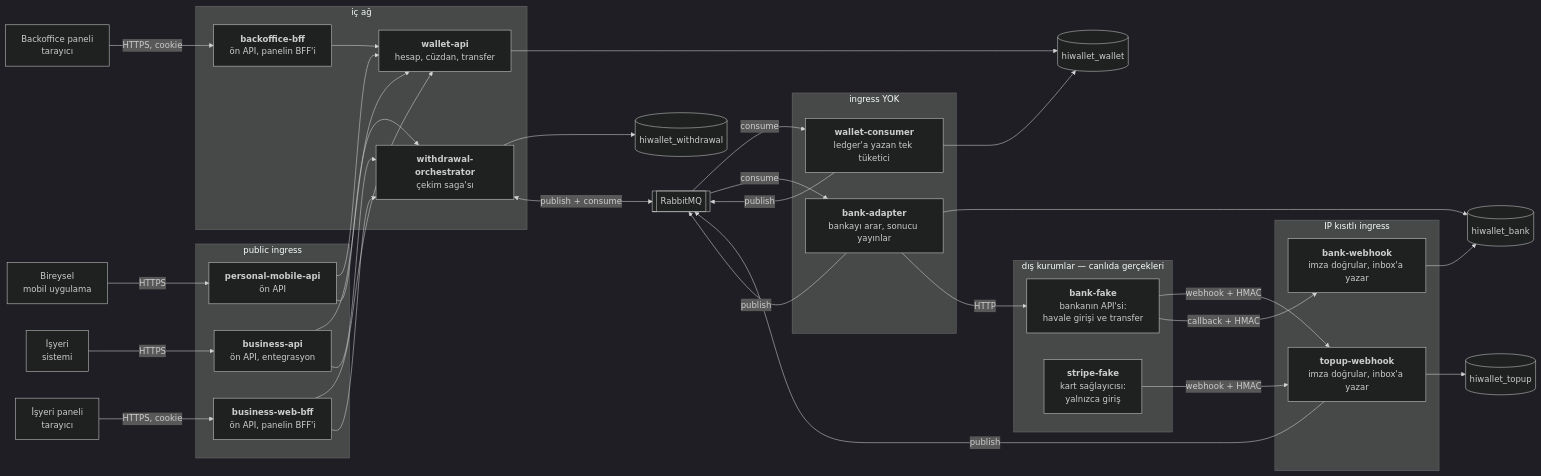
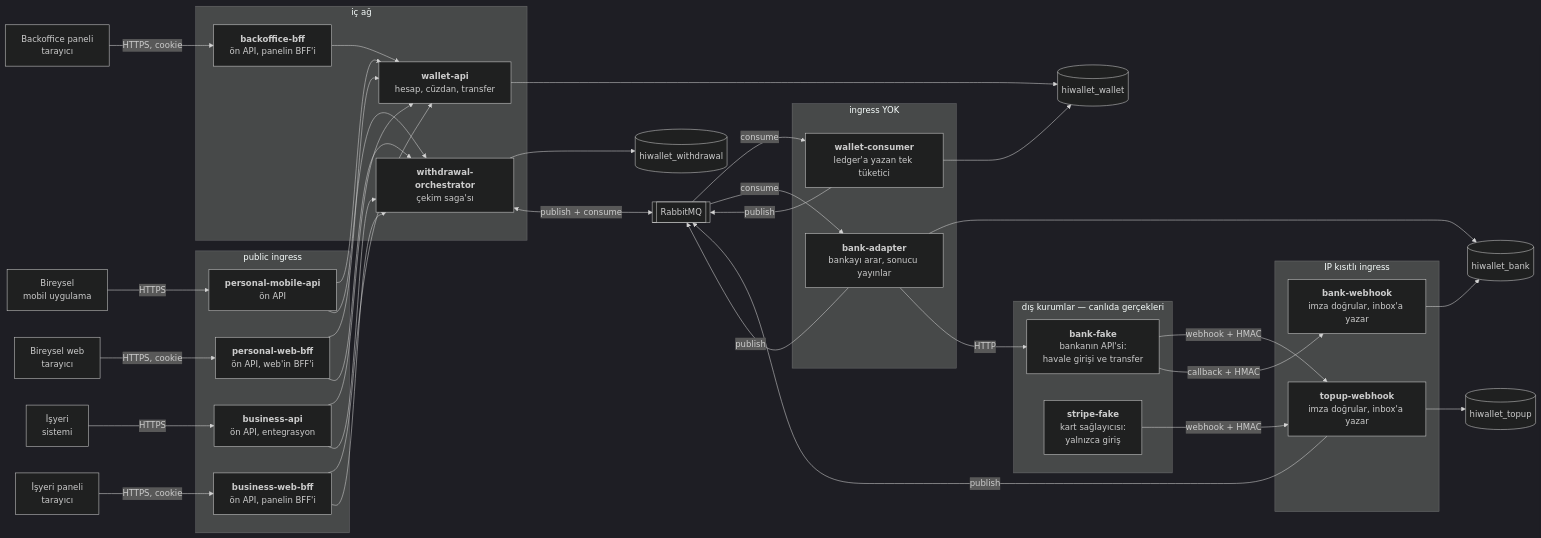
Before and after one commit to firate/HiWallet: the first of 4 diagrams in docs/architecture.md, drawn with Mermaid (dark theme). The commit also changed other lines of this file and 4 other files, not shown here.

First line of the commit message:
docs: bireysel web uygulaması ve BFF'i

````diff
--- a/docs/architecture.md
+++ b/docs/architecture.md
@@ -13,72 +13,77 @@
 ```mermaid
 flowchart LR
     client["Bireysel<br/>mobil uygulama"]
+    wclient["Bireysel web<br/>tarayıcı"]
     bclient["İşyeri<br/>sistemi"]
     bwclient["İşyeri paneli<br/>tarayıcı"]
     staff["Backoffice paneli<br/>tarayıcı"]
 
     subgraph public["public ingress"]
         papi["<b>personal-mobile-api</b><br/>ön API"]
+        pwapi["<b>personal-web-bff</b><br/>ön API, web'in BFF'i"]
         bapi["<b>business-api</b><br/>ön API, entegrasyon"]
         bwapi["<b>business-web-bff</b><br/>ön API, panelin BFF'i"]
     end
 
     subgraph internal["iç ağ"]
         boapi["<b>backoffice-bff</b><br/>ön API, panelin BFF'i"]
         api["<b>wallet-api</b><br/>hesap, cüzdan, transfer"]
         orch["<b>withdrawal-orchestrator</b><br/>çekim saga'sı"]
     end
 
     subgraph restricted["IP kısıtlı ingress"]
         hook["<b>topup-webhook</b><br/>imza doğrular, inbox'a yazar"]
         bhook["<b>bank-webhook</b><br/>imza doğrular, inbox'a yazar"]
     end
 
     subgraph noingress["ingress YOK"]
         consumer["<b>wallet-consumer</b><br/>ledger'a yazan tek tüketici"]
         adapter["<b>bank-adapter</b><br/>bankayı arar, sonucu yayınlar"]
     end
 
     subgraph outside["dış kurumlar — canlıda gerçekleri"]
         bank["<b>bank-fake</b><br/>bankanın API'si:<br/>havale girişi ve transfer"]
         stripe["<b>stripe-fake</b><br/>kart sağlayıcısı:<br/>yalnızca giriş"]
     end
 
     mq[["RabbitMQ"]]
 
     wdb[("hiwallet_wallet")]
     tdb[("hiwallet_topup")]
     odb[("hiwallet_withdrawal")]
     bdb[("hiwallet_bank")]
 
     client -->|HTTPS| papi
+    wclient -->|"HTTPS, cookie"| pwapi
     bclient -->|HTTPS| bapi
     bwclient -->|"HTTPS, cookie"| bwapi
     staff -->|"HTTPS, cookie"| boapi
     papi --> api
     papi --> orch
+    pwapi --> api
+    pwapi --> orch
     bapi --> api
     bapi --> orch
     bwapi --> api
     bwapi --> orch
     boapi --> api
     stripe -->|"webhook + HMAC"| hook
     bank -->|"webhook + HMAC"| hook
     bank -->|"callback + HMAC"| bhook
 
     api --> wdb
     consumer --> wdb
     hook --> tdb
     orch --> odb
     adapter --> bdb
     bhook --> bdb
 
     adapter -->|"HTTP"| bank
 
     hook -->|publish| mq
     orch <-->|"publish + consume"| mq
     mq -->|consume| consumer
     consumer -->|publish| mq
     mq -->|consume| adapter
     adapter -->|publish| mq
 ```
````
